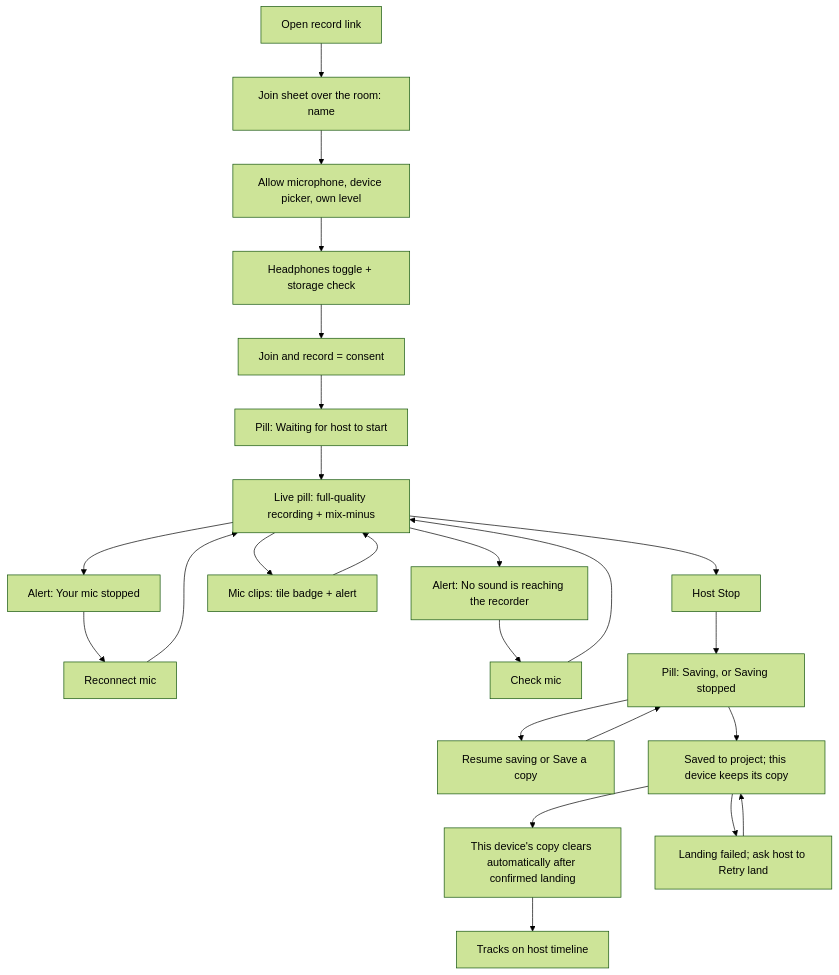
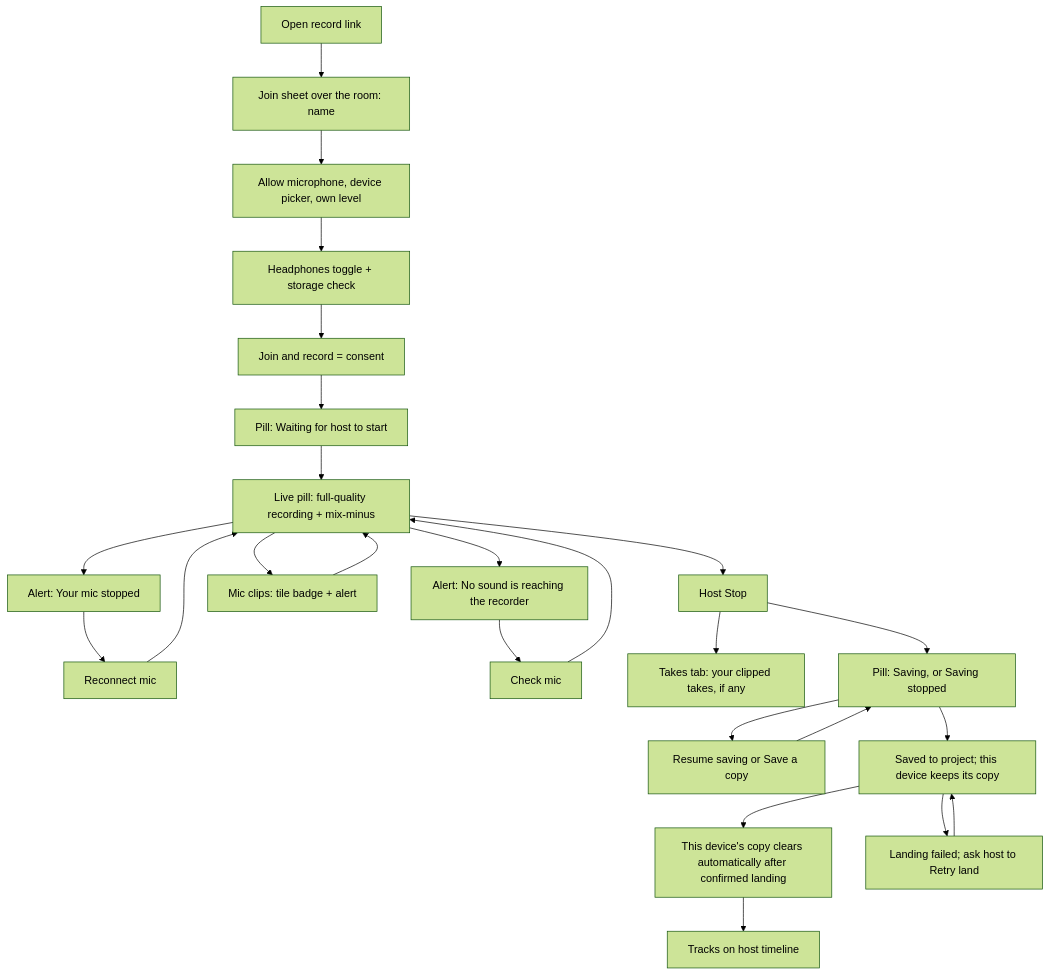
Before and after one commit to calebn/sharecut-studio: the fifth of 6 diagrams in ux/pages/guest-journeys.md, drawn with Mermaid (forest theme). The commit also changed other lines of this file and 23 other files, not shown here.

````diff
--- a/ux/pages/guest-journeys.md
+++ b/ux/pages/guest-journeys.md
@@ -191,26 +191,27 @@
 ```mermaid
 flowchart TD
   open[Open record link] --> sheet[Join sheet over the room: name]
   sheet --> devices[Allow microphone, device picker, own level]
   devices --> phones[Headphones toggle + storage check]
   phones --> join[Join and record = consent]
   join --> wait[Pill: Waiting for host to start]
   wait --> rec[Live pill: full-quality recording + mix-minus]
   rec --> lost[Alert: Your mic stopped]
   lost --> reconnect[Reconnect mic]
   reconnect --> rec
   rec --> silent[Alert: No sound is reaching the recorder]
   silent --> check[Check mic]
   check --> rec
   rec --> clip[Mic clips: tile badge + alert]
   clip --> rec
   rec --> stop[Host Stop]
+  stop --> clipped[Takes tab: your clipped takes, if any]
   stop --> saving[Pill: Saving, or Saving stopped]
   saving --> recovery[Resume saving or Save a copy]
   recovery --> saving
   saving --> staged[Saved to project; this device keeps its copy]
   staged --> opfs[This device's copy clears automatically after confirmed landing]
   staged --> failed[Landing failed; ask host to Retry land]
   failed --> staged
   opfs --> done[Tracks on host timeline]
 ```
````
